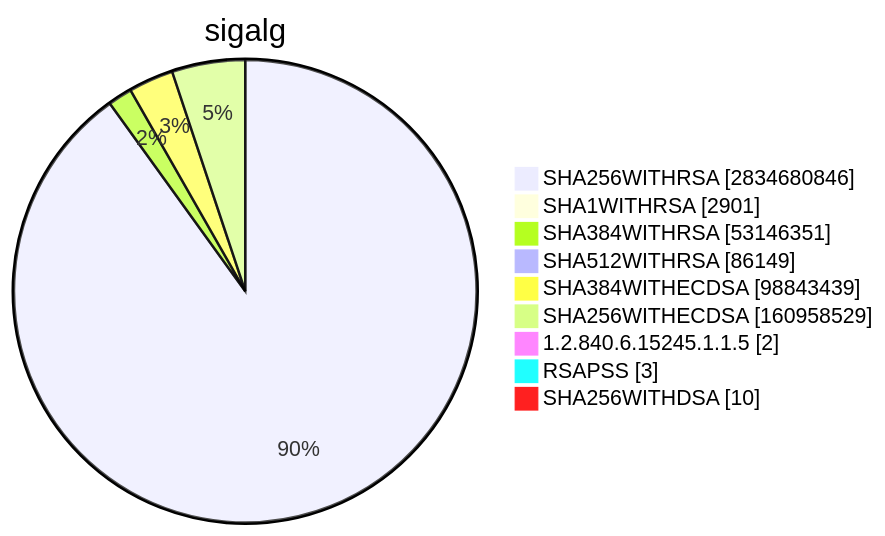
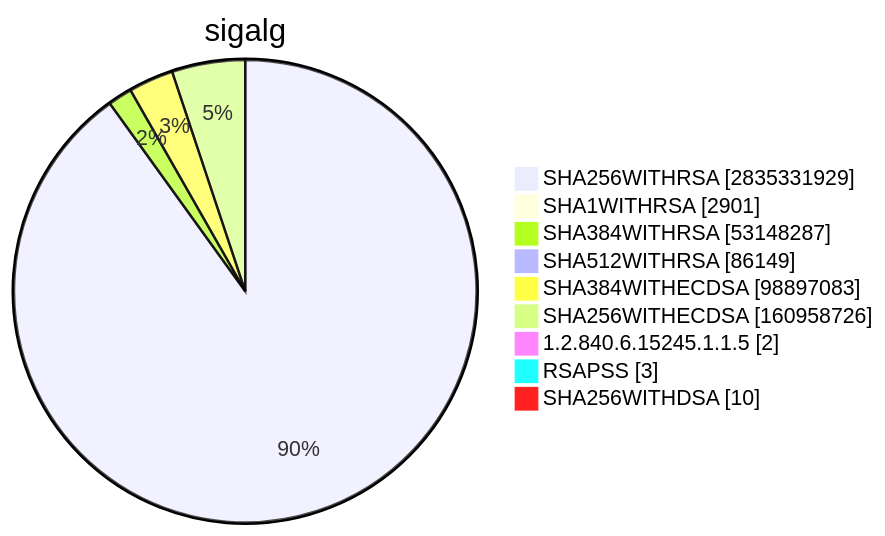
One commit to christiankrug/ctmonitor_visualization changed diagram 15 of 15 in TOTAL/README.md. Above: the diagram before and after it, drawn with Mermaid. The commit also changed other lines of this file, not shown here.

````diff
--- a/TOTAL/README.md
+++ b/TOTAL/README.md
@@ -6207,13 +6207,13 @@
 ```mermaid
 pie showData
 title sigalg
-"SHA256WITHRSA" :2834680846
+"SHA256WITHRSA" :2835331929
 "SHA1WITHRSA" :2901
-"SHA384WITHRSA" :53146351
+"SHA384WITHRSA" :53148287
 "SHA512WITHRSA" :86149
-"SHA384WITHECDSA" :98843439
-"SHA256WITHECDSA" :160958529
+"SHA384WITHECDSA" :98897083
+"SHA256WITHECDSA" :160958726
 "1.2.840.6.15245.1.1.5" :2
 "RSAPSS" :3
 "SHA256WITHDSA" :10
 ```
````
